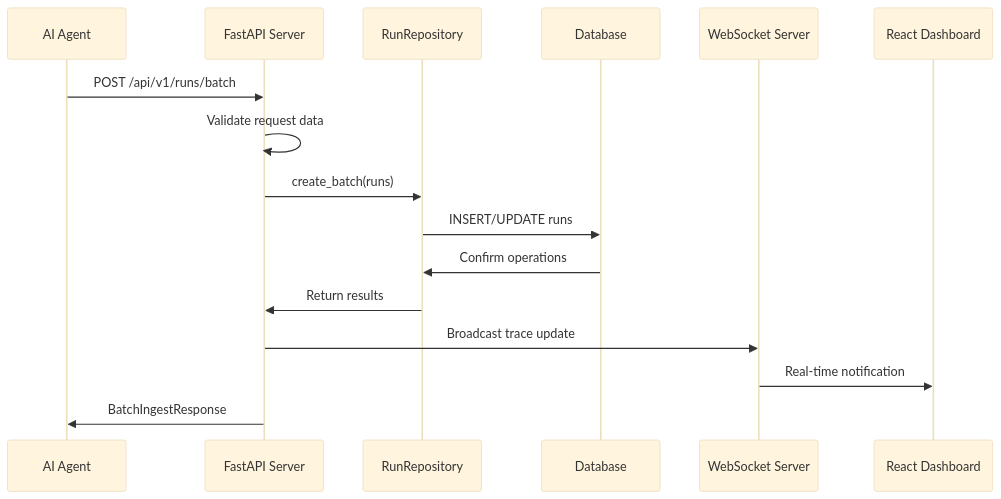
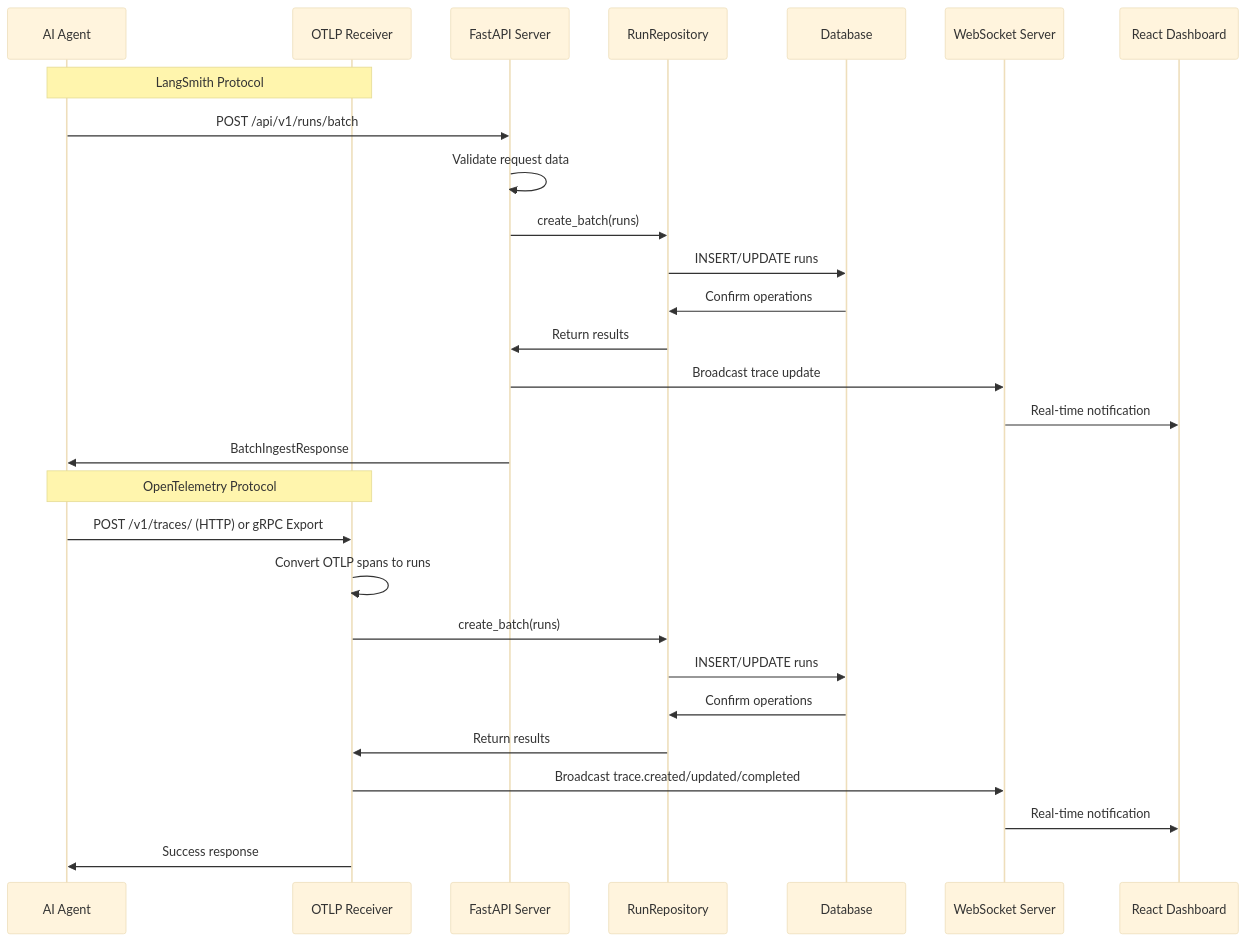
The third of 9 diagrams in docs/AGENT_SPY_COMPREHENSIVE_GUIDE.md (lalanikarim/agent-spy), drawn with Mermaid (base theme) before and after one commit. The commit also changed other lines of this file and 33 other files, not shown here.

````diff
--- a/docs/AGENT_SPY_COMPREHENSIVE_GUIDE.md
+++ b/docs/AGENT_SPY_COMPREHENSIVE_GUIDE.md
@@ -281,19 +300,32 @@
 ```mermaid
 sequenceDiagram
     participant Agent as AI Agent
+    participant OTLP as OTLP Receiver
     participant API as FastAPI Server
     participant Repo as RunRepository
     participant DB as Database
     participant WS as WebSocket Server
     participant UI as React Dashboard
 
+    Note over Agent,OTLP: LangSmith Protocol
     Agent->>API: POST /api/v1/runs/batch
     API->>API: Validate request data
     API->>Repo: create_batch(runs)
     Repo->>DB: INSERT/UPDATE runs
     DB->>Repo: Confirm operations
     Repo->>API: Return results
     API->>WS: Broadcast trace update
     WS->>UI: Real-time notification
     API->>Agent: BatchIngestResponse
+
+    Note over Agent,OTLP: OpenTelemetry Protocol
+    Agent->>OTLP: POST /v1/traces/ (HTTP) or gRPC Export
+    OTLP->>OTLP: Convert OTLP spans to runs
+    OTLP->>Repo: create_batch(runs)
+    Repo->>DB: INSERT/UPDATE runs
+    DB->>Repo: Confirm operations
+    Repo->>OTLP: Return results
+    OTLP->>WS: Broadcast trace.created/updated/completed
+    WS->>UI: Real-time notification
+    OTLP->>Agent: Success response
 ```
````
